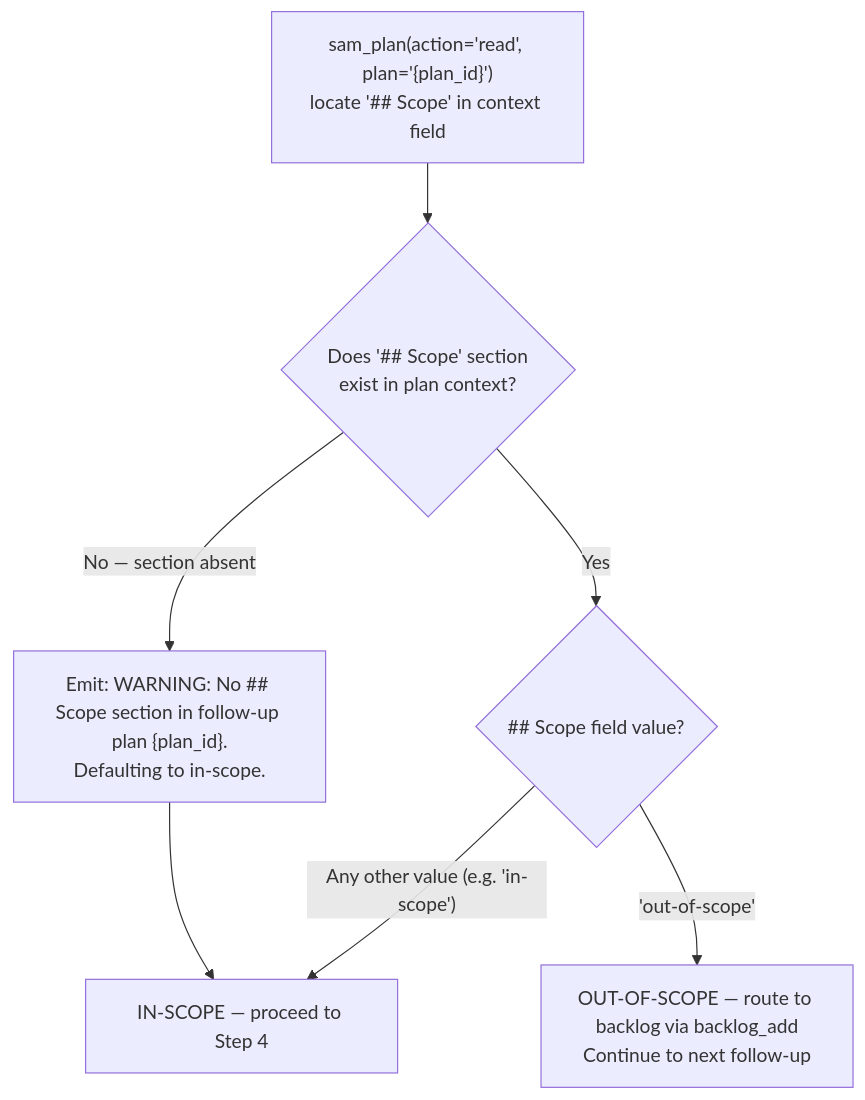
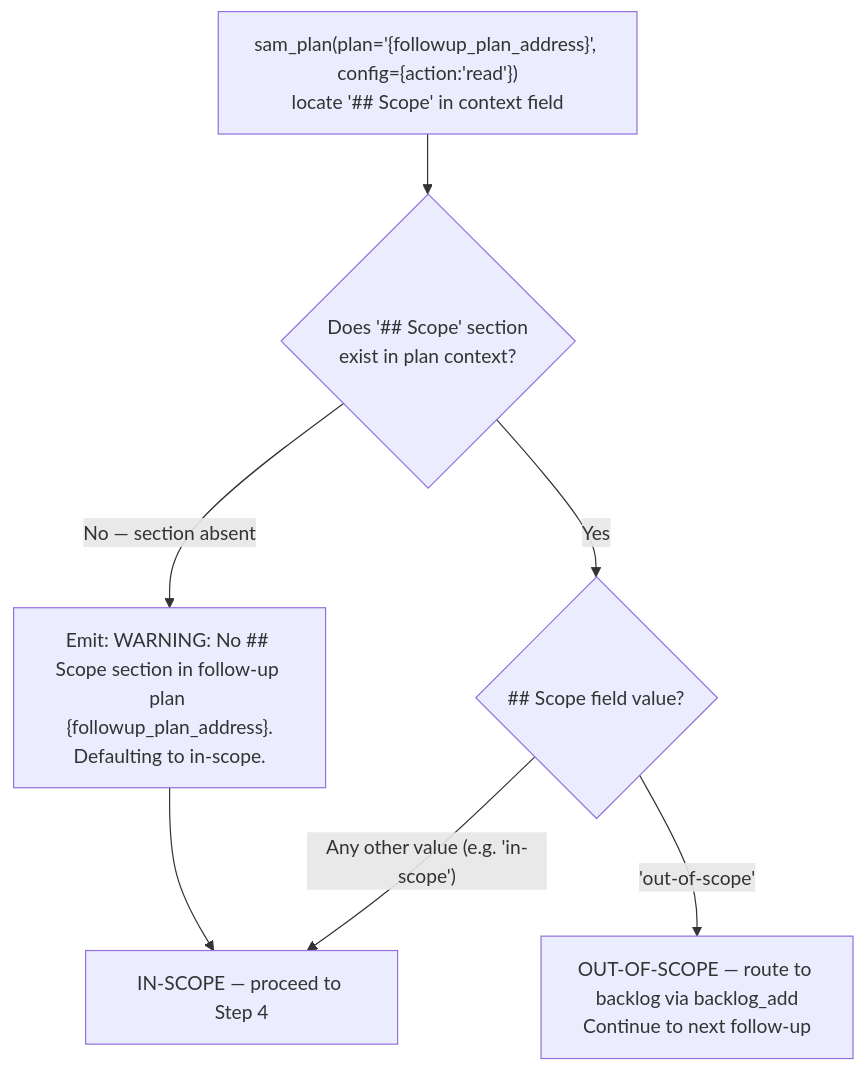
Before and after one commit to Jamie-BitFlight/claude_skills: the second of 2 diagrams in plugins/development-harness/skills/complete-implementation/references/recursive-follow-up-handling.md, drawn with Mermaid. The commit also changed other lines of this file and 41 other files, not shown here.

````diff
--- a/plugins/development-harness/skills/complete-implementation/references/recursive-follow-up-handling.md
+++ b/plugins/development-harness/skills/complete-implementation/references/recursive-follow-up-handling.md
@@ -79,9 +82,9 @@
 ```mermaid
 flowchart TD
-    ReadScope["sam_plan(action='read', plan='{plan_id}')<br>locate '## Scope' in context field"] --> ScopeExists{"Does '## Scope' section<br>exist in plan context?"}
-    ScopeExists -->|"No — section absent"| WarnDefault["Emit: WARNING: No ## Scope section in follow-up plan {plan_id}.<br>Defaulting to in-scope."]
+    ReadScope["sam_plan(plan='{followup_plan_address}', config={action:'read'})<br>locate '## Scope' in context field"] --> ScopeExists{"Does '## Scope' section<br>exist in plan context?"}
+    ScopeExists -->|"No — section absent"| WarnDefault["Emit: WARNING: No ## Scope section in follow-up plan {followup_plan_address}.<br>Defaulting to in-scope."]
     WarnDefault --> InScope["IN-SCOPE — proceed to Step 4"]
     ScopeExists -->|"Yes"| ScopeValue{"## Scope field value?"}
     ScopeValue -->|"'out-of-scope'"| OutScope["OUT-OF-SCOPE — route to backlog via backlog_add<br>Continue to next follow-up"]
     ScopeValue -->|"Any other value (e.g. 'in-scope')"| InScope
 ```
````
